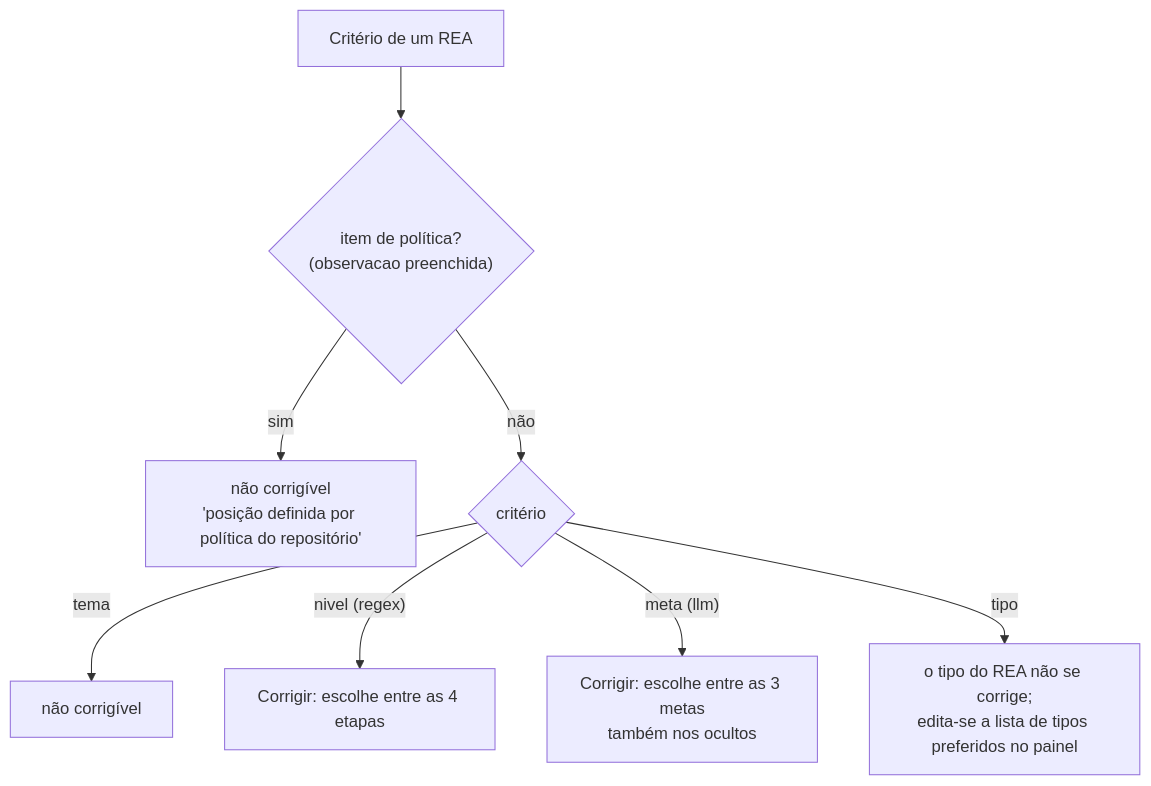
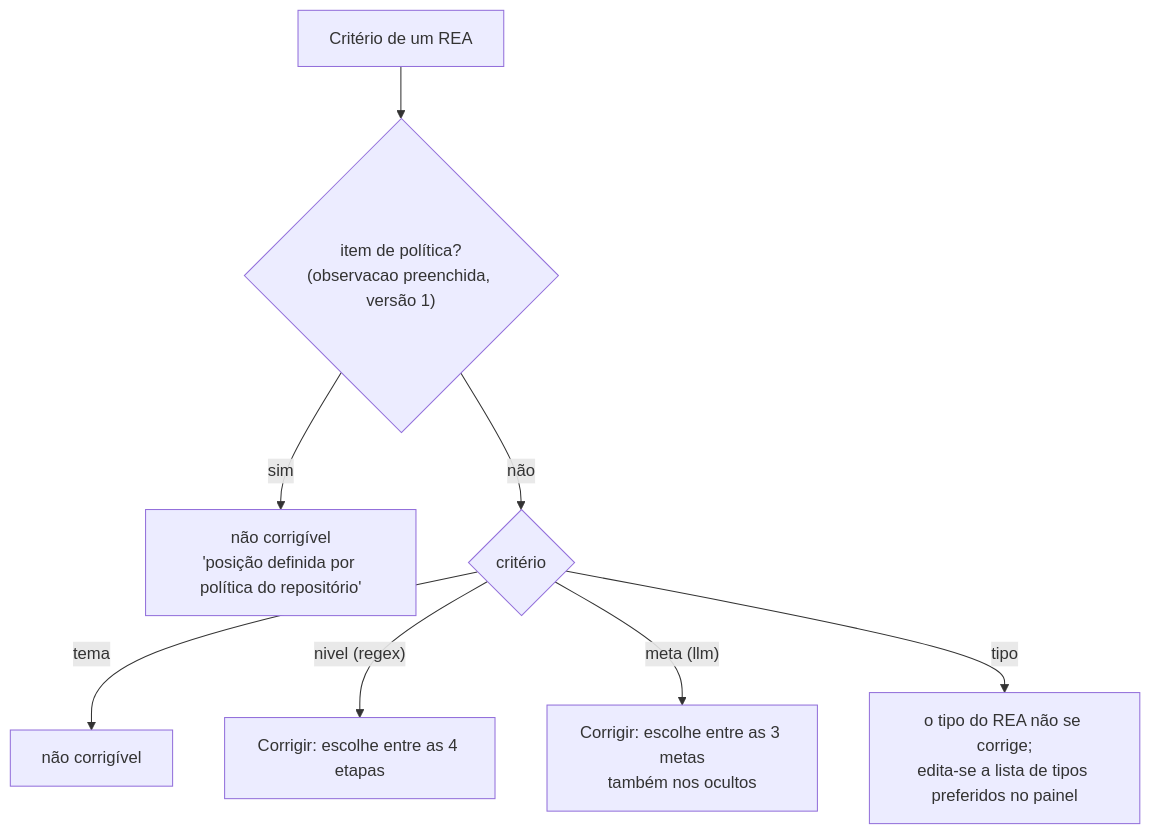
Before and after one commit to razimbrao/sis-read: diagram 18 of 25 in docs/fluxos-transparencia.md, drawn with Mermaid. The commit also changed other lines of this file and 23 other files, not shown here.

````diff
--- a/docs/fluxos-transparencia.md
+++ b/docs/fluxos-transparencia.md
@@ -615,10 +615,10 @@
 ```mermaid
 flowchart TD
-    C["Critério de um REA"] --> P{"item de política?<br/>(observacao preenchida)"}
+    C["Critério de um REA"] --> P{"item de política?<br/>(observacao preenchida, versão 1)"}
     P -- sim --> N0["não corrigível<br/>'posição definida por política do repositório'"]
     P -- não --> T{"critério"}
     T -- tema --> N1["não corrigível"]
     T -- "nivel (regex)" --> S1["Corrigir: escolhe entre as 4 etapas"]
     T -- "meta (llm)" --> S2["Corrigir: escolhe entre as 3 metas<br/>também nos ocultos"]
     T -- tipo --> S3["o tipo do REA não se corrige;<br/>edita-se a lista de tipos preferidos no painel"]
 ```
````
